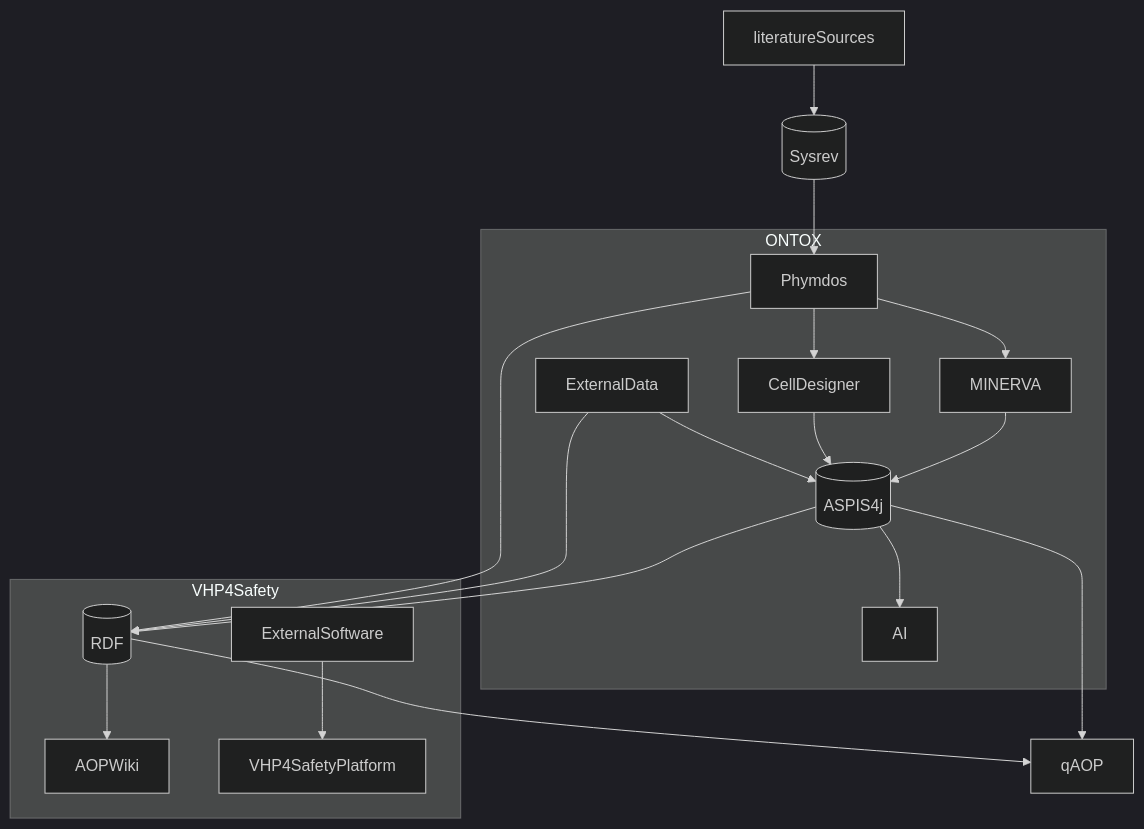
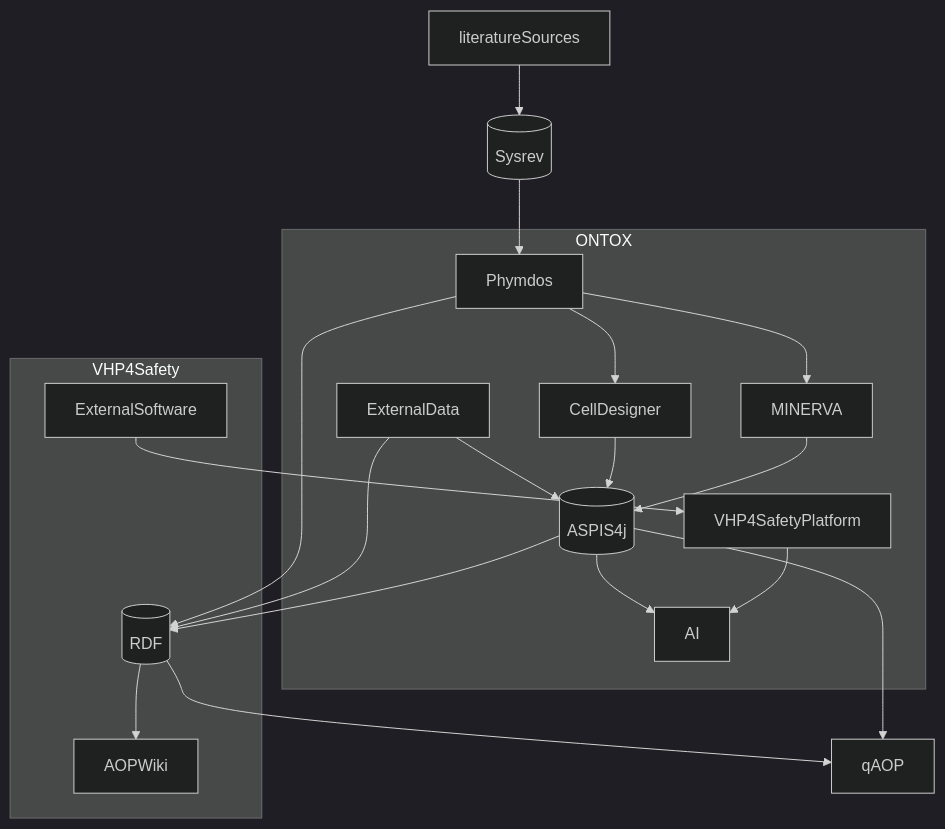
One commit to ontox-hu/workflows changed the diagram in ONTOX-vs-VHP4Safety.md. Above: the diagram before and after it, drawn with Mermaid (dark theme).

````diff
--- a/ONTOX-vs-VHP4Safety.md
+++ b/ONTOX-vs-VHP4Safety.md
@@ -1,28 +1,29 @@
 ```mermaid
 flowchart TB
     literatureSources-->Sysrev[(Sysrev)]
     Sysrev[(Sysrev)]-->Phymdos
     
     subgraph ONTOX
     Phymdos-->MINERVA
     Phymdos-->CellDesigner
     ExternalData-->ASPIS4j[(ASPIS4j)]
     CellDesigner-->ASPIS4j[(ASPIS4j)]
     MINERVA-->ASPIS4j[(ASPIS4j)]
     ASPIS4j[(ASPIS4j)]-->AI
+    VHP4SafetyPlatform-->AI
     end
     
     subgraph VHP4Safety
     Phymdos-->RDF[(RDF)]
     RDF[(RDF)]-->AOPWiki
     ExternalData-->RDF[(RDF)]
     ExternalSoftware-->VHP4SafetyPlatform
     end
     
     RDF[(RDF)]-->qAOP
     ASPIS4j[(ASPIS4j)]-->qAOP
     ASPIS4j[(ASPIS4j)]-->RDF[(RDF)]
     
     
     
 ```
````
